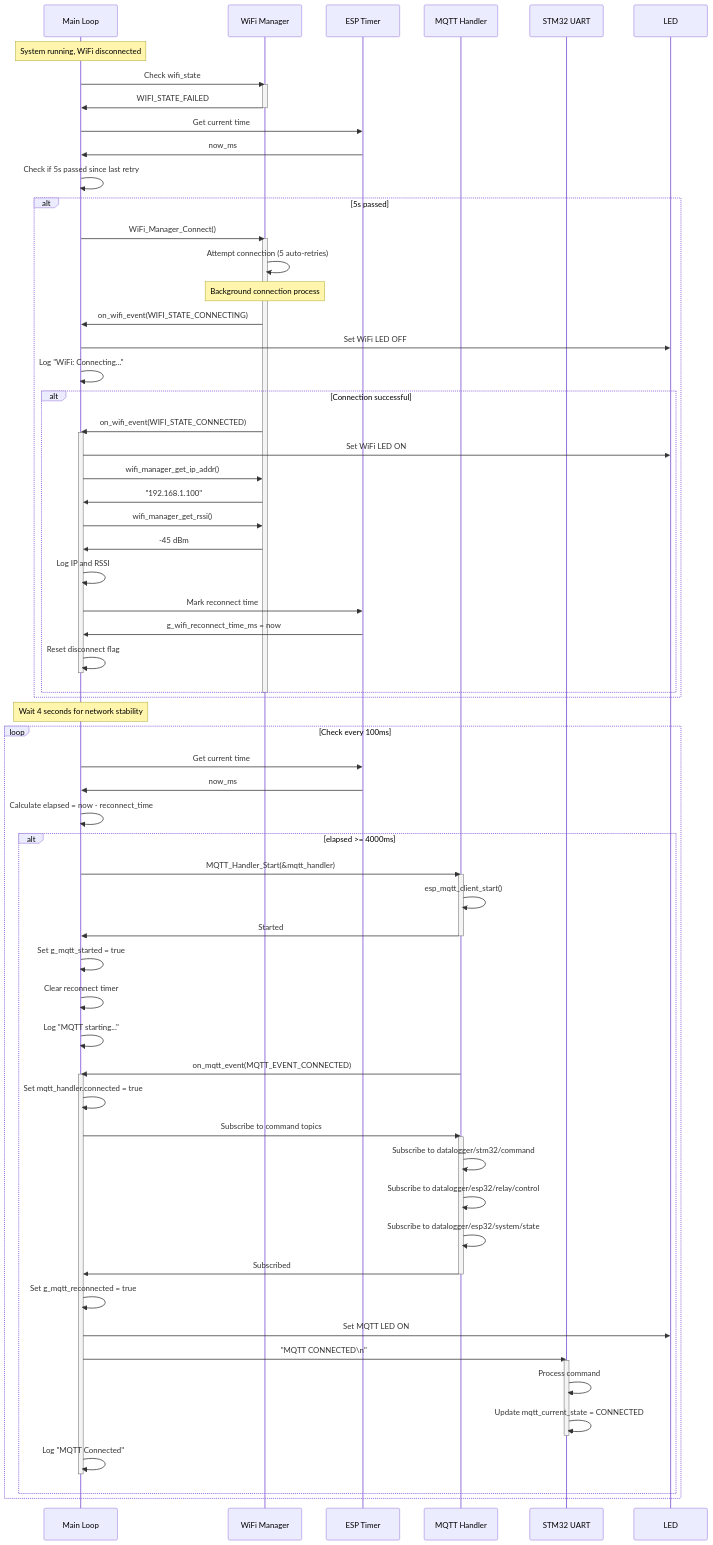
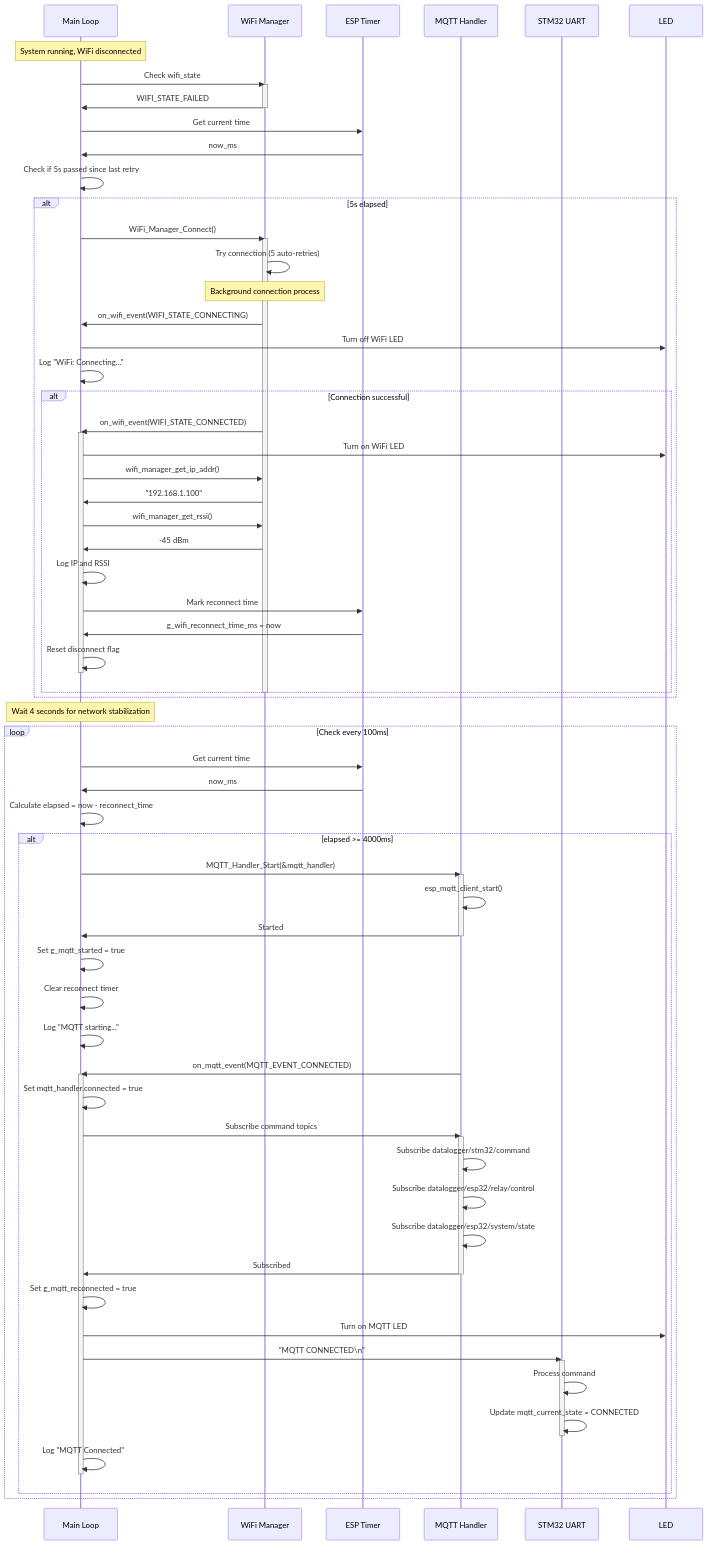
One commit to meeTeam05/datalogger changed the second of 7 diagrams in documents/ESP32/SEQUENCE_DIAGRAM_ESP32.md. Above: the diagram before and after it, drawn with Mermaid. The commit also changed other lines of this file and 5 other files, not shown here.

Commit message:
Complete ESP32 and STM32 documentation reorganization in English

```diff
--- a/documents/ESP32/SEQUENCE_DIAGRAM_ESP32.md
+++ b/documents/ESP32/SEQUENCE_DIAGRAM_ESP32.md
@@ -133,21 +133,21 @@
     
     Main->>Main: Check if 5s passed since last retry
     
-    alt 5s passed
+    alt 5s elapsed
         Main->>WiFi: WiFi_Manager_Connect()
         activate WiFi
-        WiFi->>WiFi: Attempt connection (5 auto-retries)
+        WiFi->>WiFi: Try connection (5 auto-retries)
         
         Note over WiFi: Background connection process
         
         WiFi->>Main: on_wifi_event(WIFI_STATE_CONNECTING)
-        Main->>LED: Set WiFi LED OFF
+        Main->>LED: Turn off WiFi LED
         Main->>Main: Log "WiFi: Connecting..."
         
         alt Connection successful
             WiFi->>Main: on_wifi_event(WIFI_STATE_CONNECTED)
             activate Main
-            Main->>LED: Set WiFi LED ON
+            Main->>LED: Turn on WiFi LED
             Main->>WiFi: wifi_manager_get_ip_addr()
             WiFi->>Main: "192.168.1.100"
             Main->>WiFi: wifi_manager_get_rssi()
@@ -161,7 +161,7 @@
         deactivate WiFi
     end
     
-    Note over Main: Wait 4 seconds for network stability
+    Note over Main: Wait 4 seconds for network stabilization
     
     loop Check every 100ms
         Main->>Timer: Get current time
@@ -182,16 +182,16 @@
             MQTT->>Main: on_mqtt_event(MQTT_EVENT_CONNECTED)
             activate Main
             Main->>Main: Set mqtt_handler.connected = true
-            Main->>MQTT: Subscribe to command topics
+            Main->>MQTT: Subscribe command topics
             activate MQTT
-            MQTT->>MQTT: Subscribe to datalogger/stm32/command
-            MQTT->>MQTT: Subscribe to datalogger/esp32/relay/control
-            MQTT->>MQTT: Subscribe to datalogger/esp32/system/state
+            MQTT->>MQTT: Subscribe datalogger/stm32/command
+            MQTT->>MQTT: Subscribe datalogger/esp32/relay/control
+            MQTT->>MQTT: Subscribe datalogger/esp32/system/state
             MQTT->>Main: Subscribed
             deactivate MQTT
             
             Main->>Main: Set g_mqtt_reconnected = true
-            Main->>LED: Set MQTT LED ON
+            Main->>LED: Turn on MQTT LED
             
             Main->>STM32: "MQTT CONNECTED\n"
             activate STM32
```
